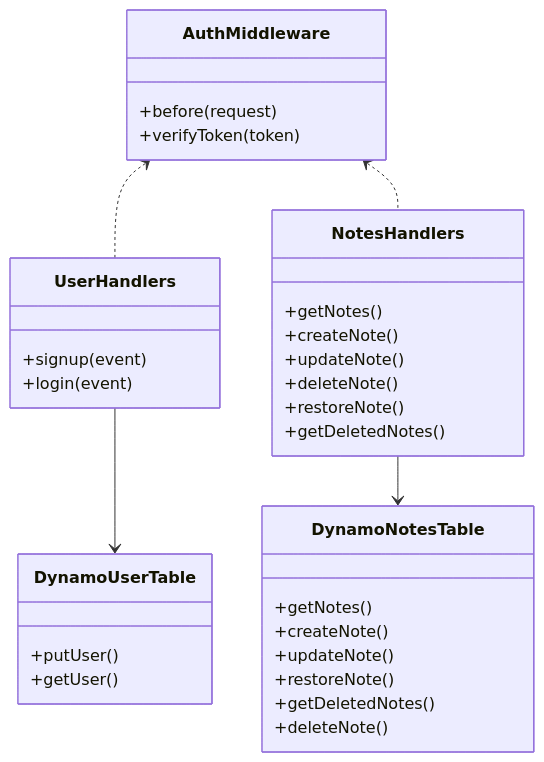
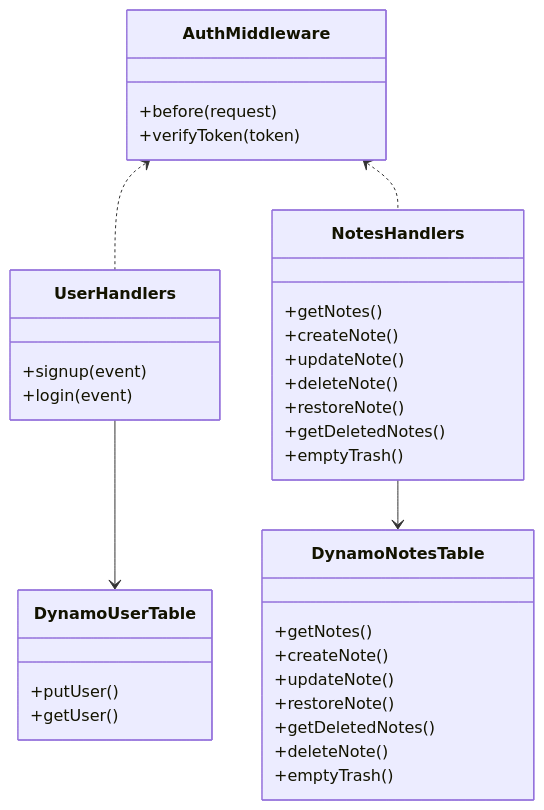
Before and after one commit to Jonasodiq/notes-api: the third of 4 diagrams in README.md, drawn with Mermaid. The commit also changed other lines of this file, not shown here.

````diff
--- a/README.md
+++ b/README.md
@@ -114,36 +122,38 @@
   ```mermaid
   classDiagram
     class AuthMiddleware {
       +before(request)
       +verifyToken(token)
     }
     class UserHandlers {
       +signup(event)
       +login(event)
     }
     class NotesHandlers {
       +getNotes()
       +createNote()
       +updateNote()
       +deleteNote()
       +restoreNote()
       +getDeletedNotes()
+      +emptyTrash()
     }
     class DynamoUserTable {
       +putUser()
       +getUser()
     }
     class DynamoNotesTable {
       +getNotes()
       +createNote()
       +updateNote()
       +restoreNote()
       +getDeletedNotes()
       +deleteNote()
+      +emptyTrash()
     }
     AuthMiddleware <.. UserHandlers
     AuthMiddleware <.. NotesHandlers
     NotesHandlers --> DynamoNotesTable
     UserHandlers --> DynamoUserTable
 
   ```
````
